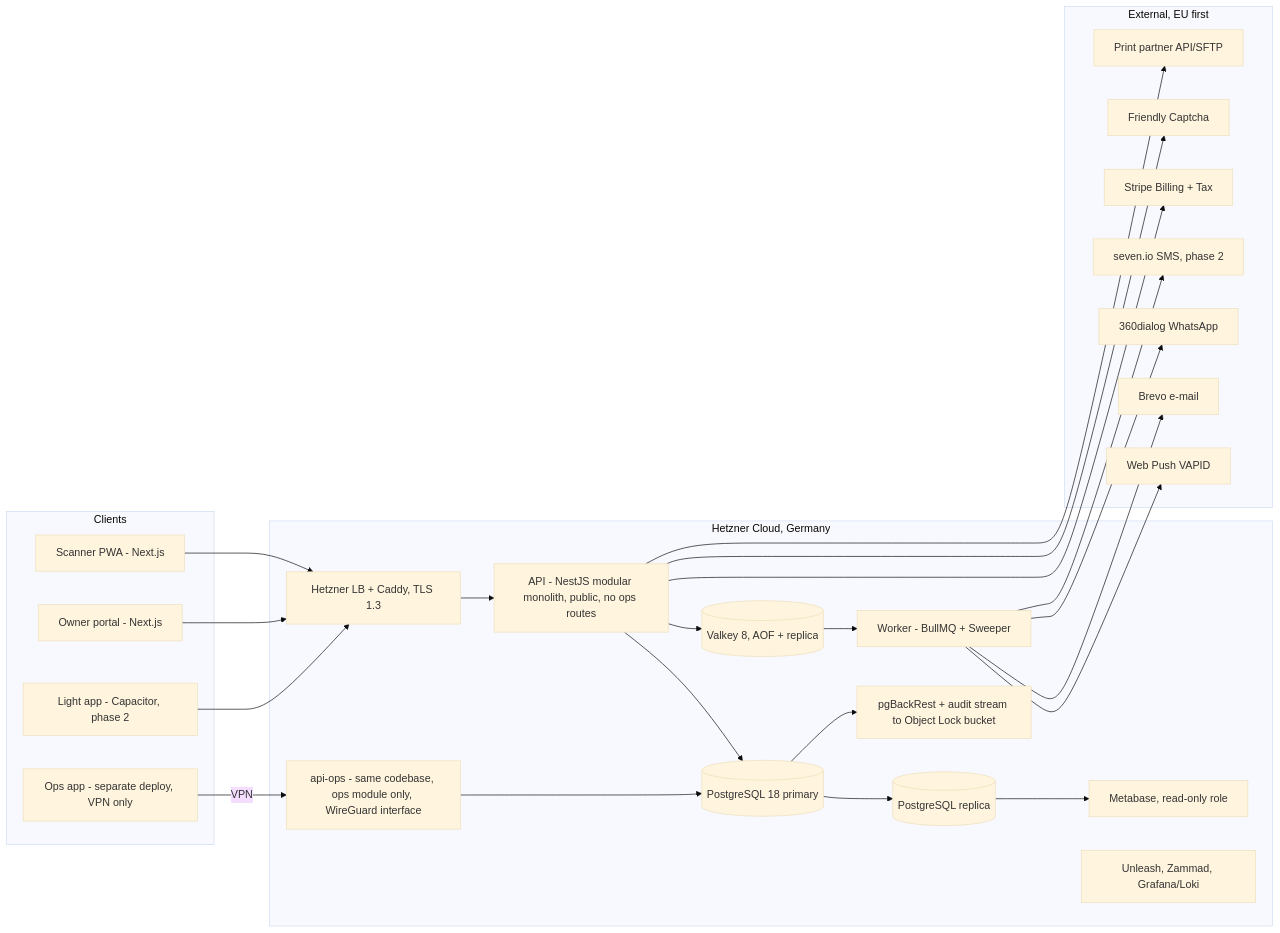
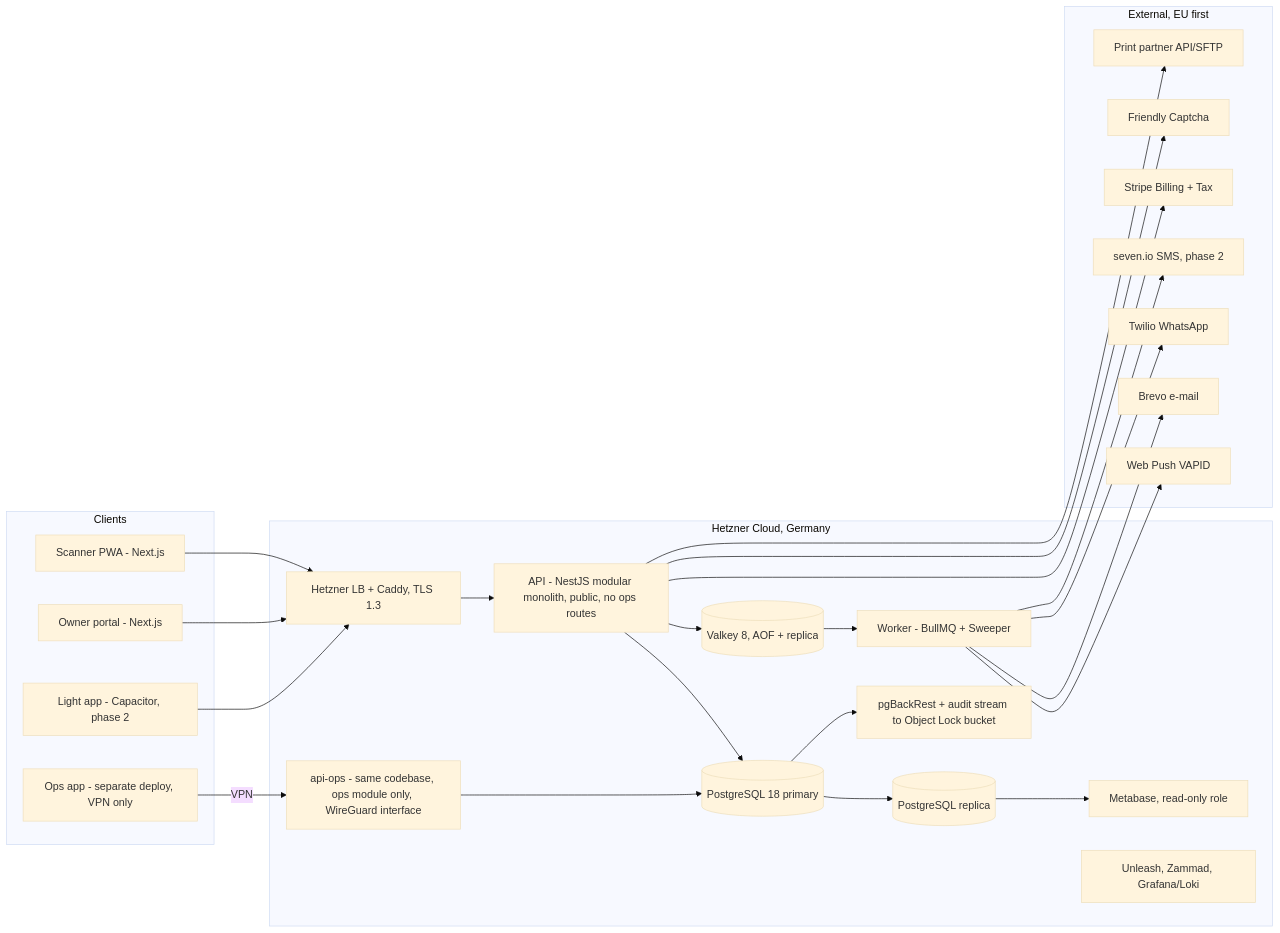
The first of 3 diagrams in docs/02-architecture.md (diyarhussein28/park-shield-v1), drawn with Mermaid (base theme) before and after one commit. The commit also changed 30 other files, not shown here.

First line of the commit message:
feat(api): WhatsApp through Twilio (default), 360dialog kept as an option

````diff
--- a/docs/02-architecture.md
+++ b/docs/02-architecture.md
@@ -5,39 +5,39 @@
 ```mermaid
 flowchart LR
   subgraph Clients
     S[Scanner PWA - Next.js]
     O[Owner portal - Next.js]
     M[Light app - Capacitor, phase 2]
     OPS[Ops app - separate deploy, VPN only]
   end
   subgraph Hetzner_DE[Hetzner Cloud, Germany]
     LB[Hetzner LB + Caddy, TLS 1.3]
     API[API - NestJS modular monolith, public, no ops routes]
     APIOPS[api-ops - same codebase, ops module only, WireGuard interface]
     W[Worker - BullMQ + Sweeper]
     V[(Valkey 8, AOF + replica)]
     PG[(PostgreSQL 18 primary)]
     PGR[(PostgreSQL replica)]
     MB[Metabase, read-only role]
     TOOLS[Unleash, Zammad, Grafana/Loki]
     BK[pgBackRest + audit stream to Object Lock bucket]
   end
   subgraph External[External, EU first]
     WP[Web Push VAPID]
     BR[Brevo e-mail]
-    WA[360dialog WhatsApp]
+    WA[Twilio WhatsApp]
     ST[Stripe Billing + Tax]
     FC[Friendly Captcha]
     PR[Print partner API/SFTP]
     SMS[seven.io SMS, phase 2]
   end
   S & O & M --> LB --> API
   OPS -->|VPN| APIOPS
   APIOPS --> PG
   API --> PG
   PG --> PGR --> MB
   API --> V --> W
   W --> WP & BR & WA & SMS
   API --> ST & FC & PR
   PG --> BK
 ```
````
